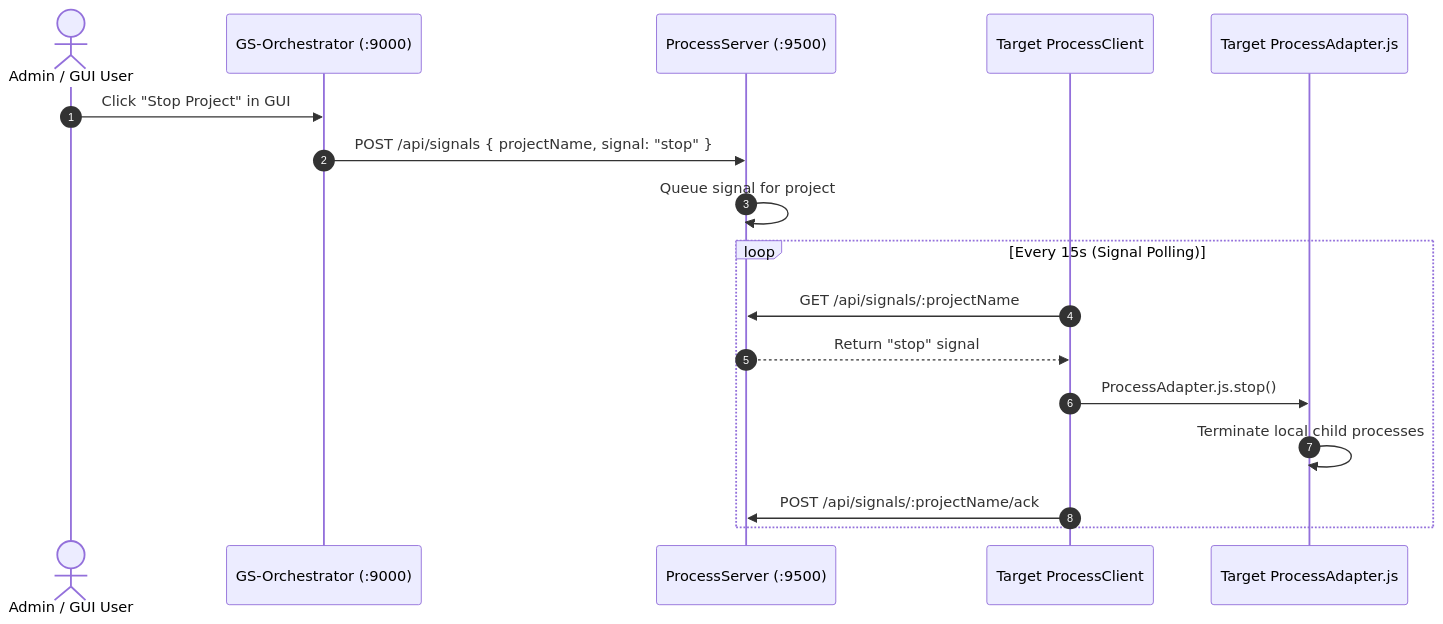
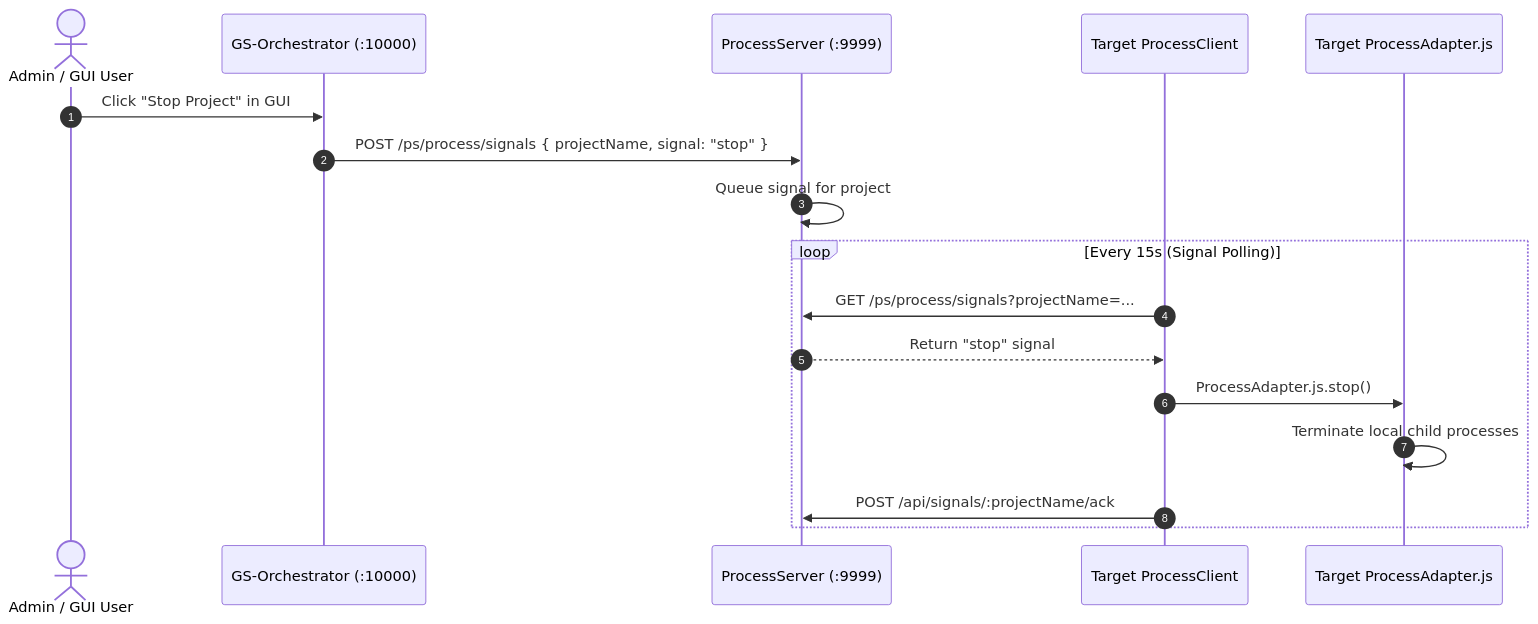
The second of 2 diagrams in architecture/ORCHESTRATOR_ARCHITECTURE.md (carltham/GS-Orchestrator), drawn with Mermaid before and after one commit. The commit also changed other lines of this file and 36 other files, not shown here.

````diff
--- a/architecture/ORCHESTRATOR_ARCHITECTURE.md
+++ b/architecture/ORCHESTRATOR_ARCHITECTURE.md
@@ -134,21 +133,21 @@
 ```mermaid
 sequenceDiagram
     autonumber
     actor Admin as Admin / GUI User
-    participant Orch as GS-Orchestrator (:9000)
-    participant PS as ProcessServer (:9500)
+    participant Orch as GS-Orchestrator (:10000)
+    participant PS as ProcessServer (:9999)
     participant PC as Target ProcessClient
     participant PA as Target ProcessAdapter.js
 
     Admin->>Orch: Click "Stop Project" in GUI
-    Orch->>PS: POST /api/signals { projectName, signal: "stop" }
+    Orch->>PS: POST /ps/process/signals { projectName, signal: "stop" }
     PS->>PS: Queue signal for project
     
     loop Every 15s (Signal Polling)
-        PC->>PS: GET /api/signals/:projectName
+        PC->>PS: GET /ps/process/signals?projectName=...
         PS-->>PC: Return "stop" signal
         PC->>PA: ProcessAdapter.js.stop()
         PA->>PA: Terminate local child processes
         PC->>PS: POST /api/signals/:projectName/ack
     end
 ```
````
